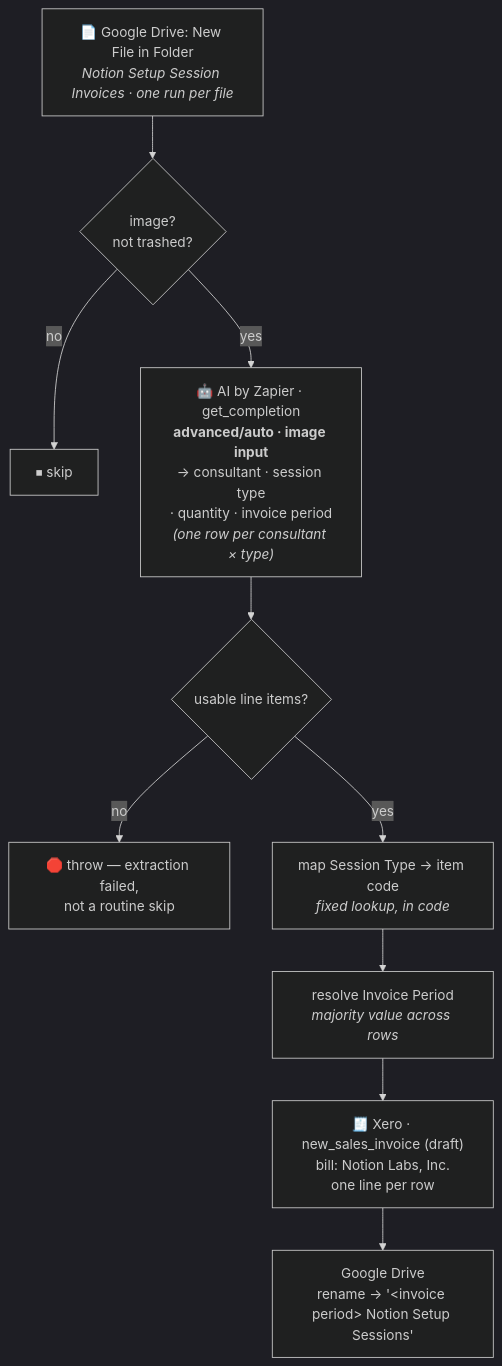
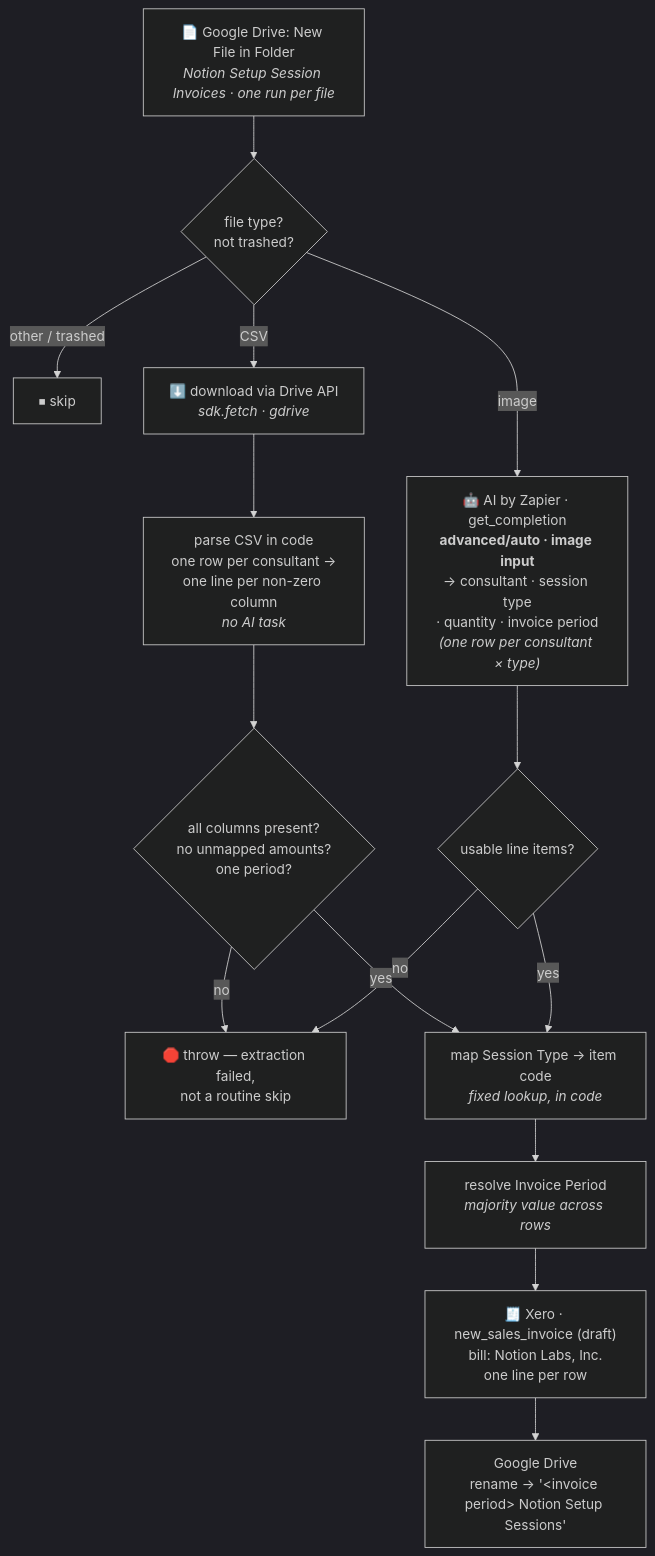
One commit to work-flowers/zapier-sdk changed the diagram in drive-screenshot-to-xero-sales-invoice/README.md. Above: the diagram before and after it, drawn with Mermaid (dark theme). The commit also changed other lines of this file and 4 other files, not shown here.

First line of the commit message:
drive-screenshot-to-xero-sales-invoice: accept the Notion CSV export

````diff
--- a/drive-screenshot-to-xero-sales-invoice/README.md
+++ b/drive-screenshot-to-xero-sales-invoice/README.md
@@ -30,12 +36,17 @@
 ```mermaid
 flowchart TD
-    T["📄 Google Drive: New File in Folder<br/><i>Notion Setup Session Invoices · one run per file</i>"] --> G{"image?<br/>not trashed?"}
-    G -- no --> X["⏹ skip"]
-    G -- yes --> AI["🤖 AI by Zapier · get_completion<br/><b>advanced/auto · image input</b><br/>→ consultant · session type<br/>· quantity · invoice period<br/><i>(one row per consultant × type)</i>"]
+    T["📄 Google Drive: New File in Folder<br/><i>Notion Setup Session Invoices · one run per file</i>"] --> G{"file type?<br/>not trashed?"}
+    G -- "other / trashed" --> X["⏹ skip"]
+    G -- CSV --> DL["⬇️ download via Drive API<br/><i>sdk.fetch · gdrive</i>"]
+    DL --> CSV["parse CSV in code<br/>one row per consultant →<br/>one line per non-zero column<br/><i>no AI task</i>"]
+    CSV --> CP{"all columns present?<br/>no unmapped amounts?<br/>one period?"}
+    CP -- no --> ERR
+    CP -- yes --> M
+    G -- image --> AI["🤖 AI by Zapier · get_completion<br/><b>advanced/auto · image input</b><br/>→ consultant · session type<br/>· quantity · invoice period<br/><i>(one row per consultant × type)</i>"]
     AI --> P{"usable line items?"}
     P -- no --> ERR["🛑 throw — extraction failed,<br/>not a routine skip"]
     P -- yes --> M["map Session Type → item code<br/><i>fixed lookup, in code</i>"]
     M --> D["resolve Invoice Period<br/><i>majority value across rows</i>"]
     D --> INV["🧾 Xero · new_sales_invoice (draft)<br/>bill: Notion Labs, Inc.<br/>one line per row"]
     INV --> R["Google Drive<br/>rename → '&lt;invoice period&gt; Notion Setup Sessions'"]
 ```
````
